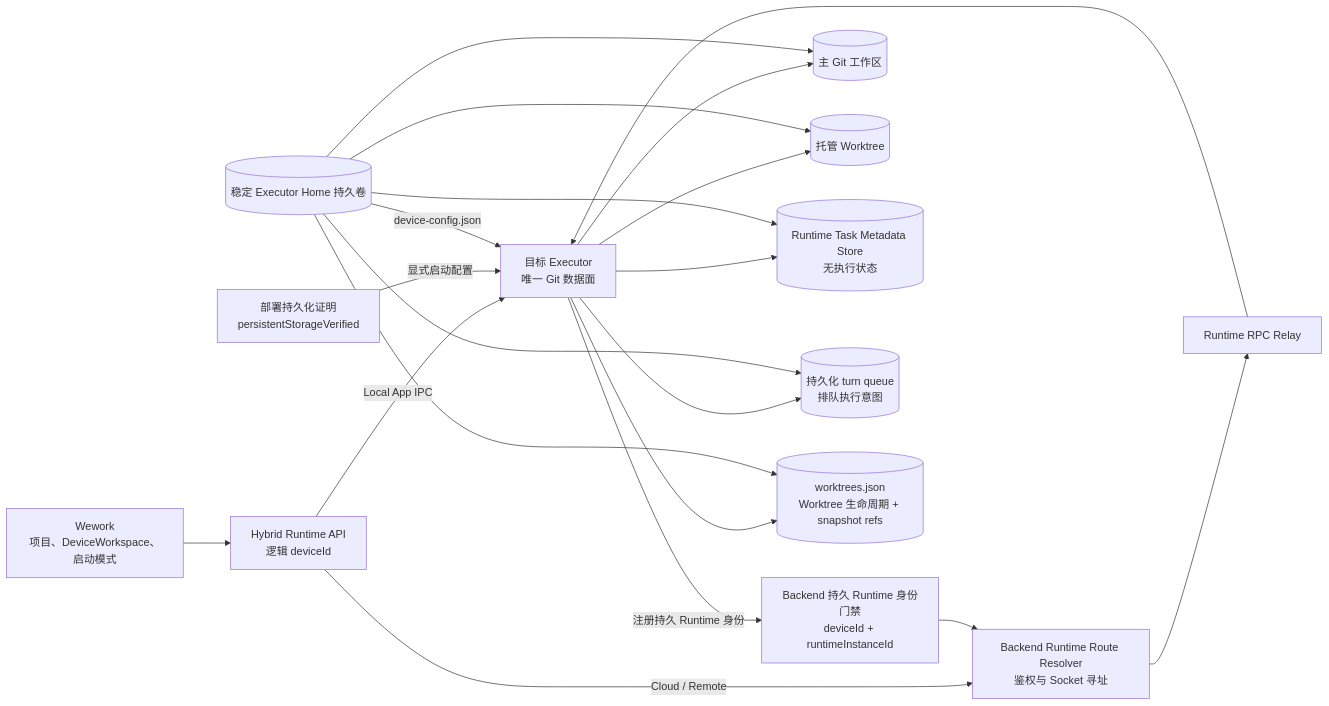
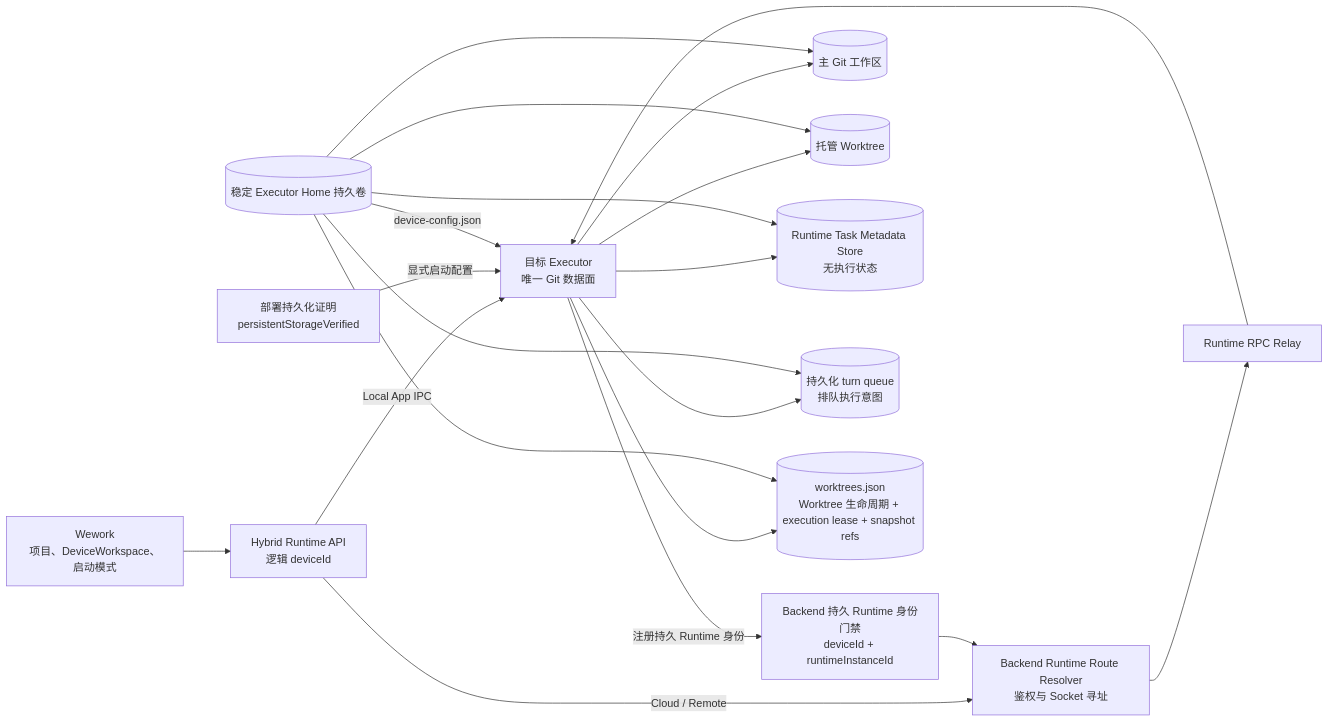
The first of 4 diagrams in docs/zh/architecture/git-worktree-execution.md (wecode-ai/Wegent), drawn with Mermaid before and after one commit. The commit also changed other lines of this file and 8 other files, not shown here.

````diff
--- a/docs/zh/architecture/git-worktree-execution.md
+++ b/docs/zh/architecture/git-worktree-execution.md
@@ -9,36 +9,36 @@
 ```mermaid
 flowchart LR
     UI[Wework<br/>项目、DeviceWorkspace、启动模式]
     HYBRID[Hybrid Runtime API<br/>逻辑 deviceId]
     IDENTITY[Backend 持久 Runtime 身份门禁<br/>deviceId + runtimeInstanceId]
     ROUTE[Backend Runtime Route Resolver<br/>鉴权与 Socket 寻址]
     RPC[Runtime RPC Relay]
     EXECUTOR[目标 Executor<br/>唯一 Git 数据面]
     REPO[(主 Git 工作区)]
     WORKTREE[(托管 Worktree)]
     STATE[(Runtime Task Metadata Store<br/>无执行状态)]
     EXECUTION[(持久化 turn queue<br/>排队执行意图)]
-    WORKTREE_STATE[(worktrees.json<br/>Worktree 生命周期 + snapshot refs)]
+    WORKTREE_STATE[(worktrees.json<br/>Worktree 生命周期 + execution lease + snapshot refs)]
     VOLUME[(稳定 Executor Home 持久卷)]
     ATTEST[部署持久化证明<br/>persistentStorageVerified]
 
     UI --> HYBRID
     HYBRID -->|Local App IPC| EXECUTOR
     HYBRID -->|Cloud / Remote| ROUTE
     EXECUTOR -->|注册持久 Runtime 身份| IDENTITY
     IDENTITY --> ROUTE
     ROUTE --> RPC
     RPC --> EXECUTOR
     EXECUTOR --> REPO
     EXECUTOR --> WORKTREE
     EXECUTOR --> STATE
     EXECUTOR --> EXECUTION
     EXECUTOR --> WORKTREE_STATE
     ATTEST -->|显式启动配置| EXECUTOR
     VOLUME --> REPO
     VOLUME --> WORKTREE
     VOLUME --> STATE
     VOLUME --> EXECUTION
     VOLUME --> WORKTREE_STATE
     VOLUME -->|device-config.json| EXECUTOR
 ```
````
